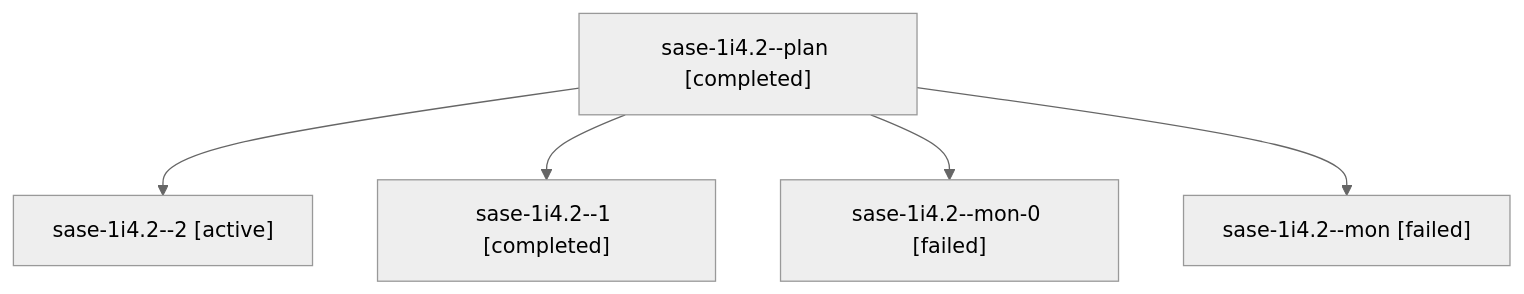
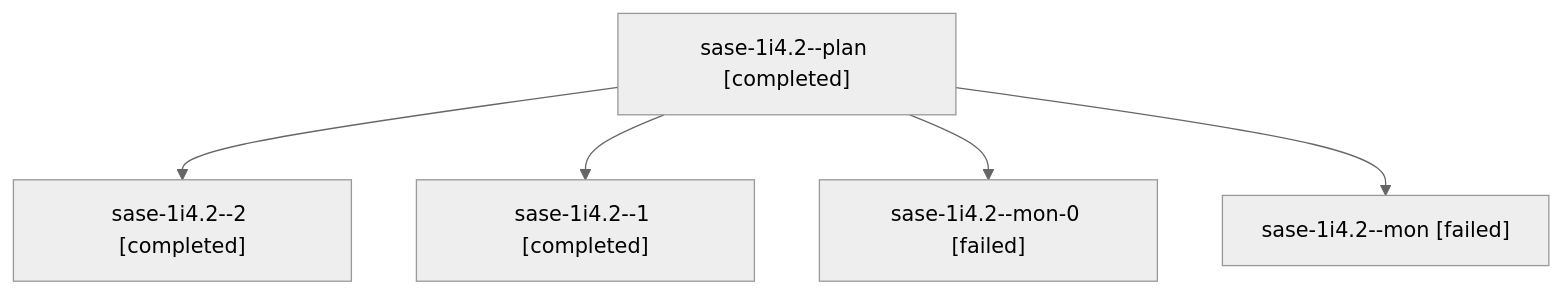
Before and after one commit to sase-org/sase--agents: the diagram in sessions/bbugyi200.apollo.sase-1i4.2.md, drawn with Mermaid (neutral theme). The commit also changed other lines of this file and 77 other files, not shown here.

````diff
--- a/sessions/bbugyi200.apollo.sase-1i4.2.md
+++ b/sessions/bbugyi200.apollo.sase-1i4.2.md
@@ -9,12 +9,12 @@
 ```mermaid
 flowchart TD
   n0["sase-1i4.2--plan [completed]"]
-  n1["sase-1i4.2--2 [active]"]
+  n1["sase-1i4.2--2 [completed]"]
   n0 --> n1
   n2["sase-1i4.2--1 [completed]"]
   n0 --> n2
   n3["sase-1i4.2--mon-0 [failed]"]
   n0 --> n3
   n4["sase-1i4.2--mon [failed]"]
   n0 --> n4
 ```
````
